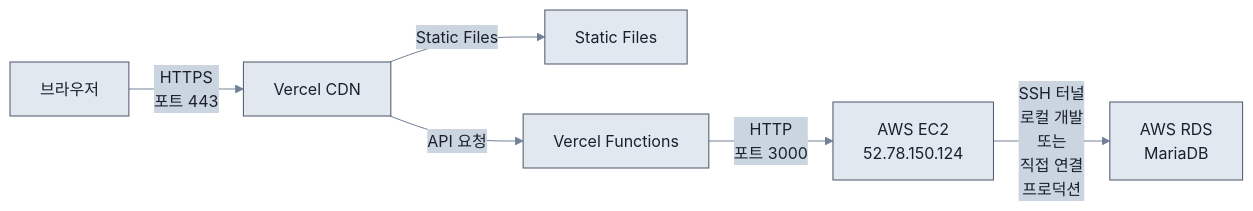
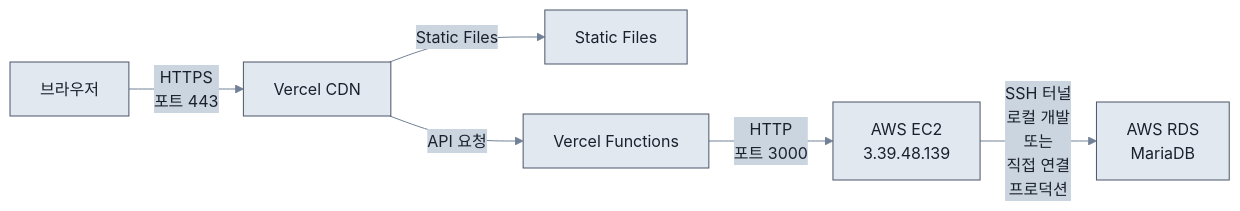
Diagram 11 of 11 in docs/architecture/SERVER_ARCHITECTURE.md (FLYLIKEB/ChaLog), drawn with Mermaid before and after one commit. The commit also changed other lines of this file and 8 other files, not shown here.

````diff
--- a/docs/architecture/SERVER_ARCHITECTURE.md
+++ b/docs/architecture/SERVER_ARCHITECTURE.md
@@ -406,10 +406,10 @@
 ```mermaid
 %%{init: {'theme':'base', 'themeVariables': { 'primaryColor':'#e2e8f0', 'primaryTextColor':'#1a202c', 'primaryBorderColor':'#4a5568', 'lineColor':'#718096', 'secondaryColor':'#cbd5e0', 'tertiaryColor':'#f7fafc'}}}%%
 flowchart LR
     Browser["브라우저"] -->|HTTPS<br/>포트 443| VercelCDN["Vercel CDN"]
     VercelCDN -->|Static Files| Static["Static Files"]
     VercelCDN -->|API 요청| Functions["Vercel Functions"]
-    Functions -->|HTTP<br/>포트 3000| EC2["AWS EC2<br/>52.78.150.124"]
+    Functions -->|HTTP<br/>포트 3000| EC2["AWS EC2<br/>3.39.48.139"]
     EC2 -->|SSH 터널<br/>로컬 개발<br/>또는<br/>직접 연결<br/>프로덕션| RDS["AWS RDS<br/>MariaDB"]
 
 ```
````
